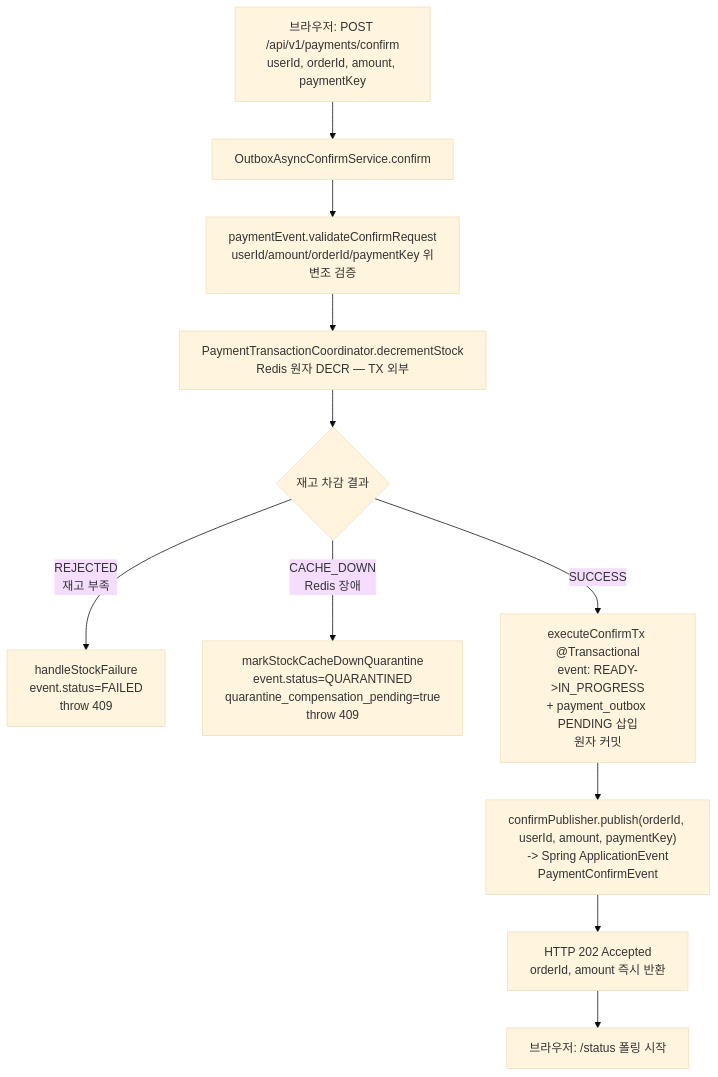
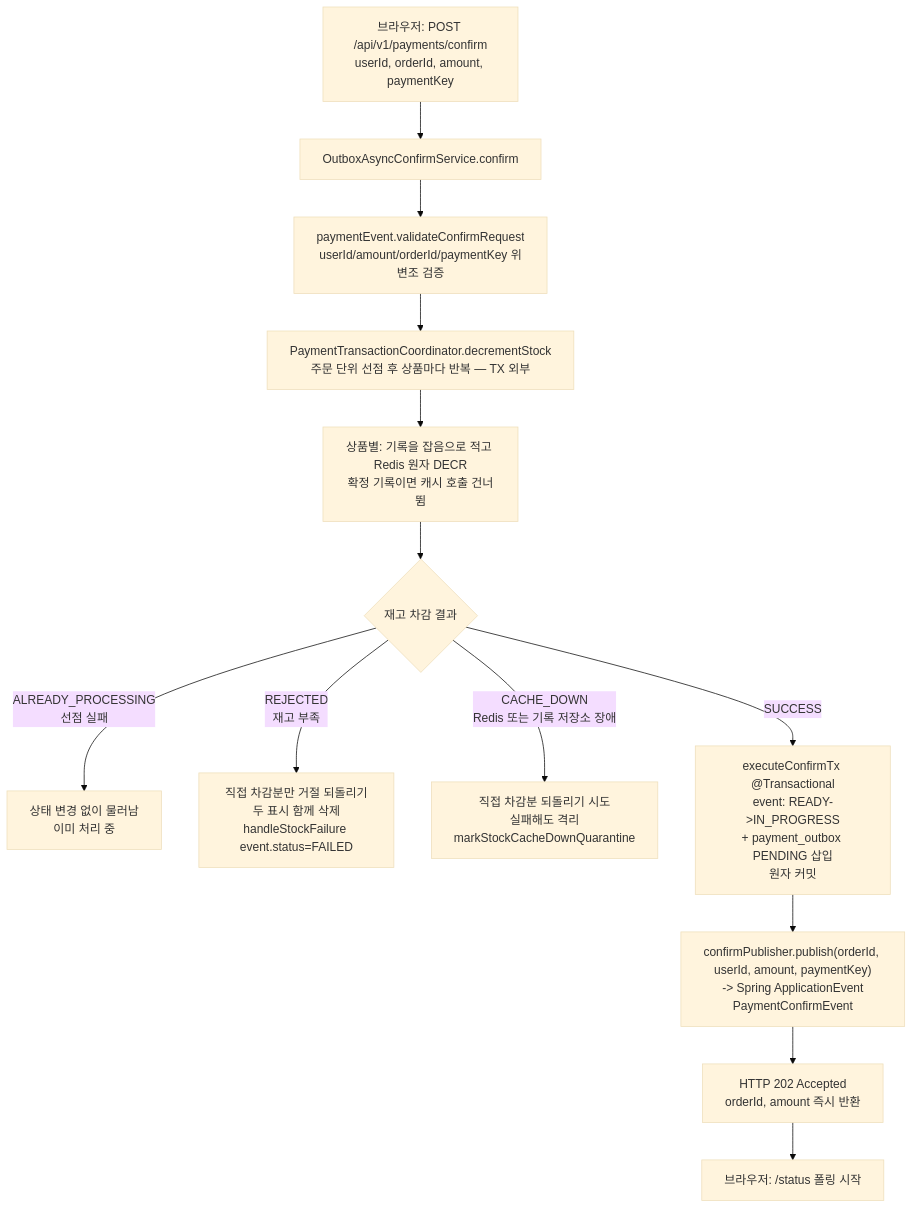
The second of 10 diagrams in docs/context/PAYMENT-FLOW.md (hyoguoo/payment-platform), drawn with Mermaid (base theme) before and after one commit. The commit also changed other lines of this file and 14 other files, not shown here.

````diff
--- a/docs/context/PAYMENT-FLOW.md
+++ b/docs/context/PAYMENT-FLOW.md
@@ -42,13 +42,15 @@
 ```mermaid
 flowchart TD
     J["브라우저: POST /api/v1/payments/confirm<br/>userId, orderId, amount, paymentKey"] --> K["OutboxAsyncConfirmService.confirm"]
     K --> K1["paymentEvent.validateConfirmRequest<br/>userId/amount/orderId/paymentKey 위변조 검증"]
-    K1 --> K2["PaymentTransactionCoordinator.decrementStock<br/>Redis 원자 DECR — TX 외부"]
-    K2 --> L{"재고 차감 결과"}
-    L -->|"REJECTED<br/>재고 부족"| L1["handleStockFailure<br/>event.status=FAILED<br/>throw 409"]
-    L -->|"CACHE_DOWN<br/>Redis 장애"| L2["markStockCacheDownQuarantine<br/>event.status=QUARANTINED<br/>quarantine_compensation_pending=true<br/>throw 409"]
+    K1 --> K2["PaymentTransactionCoordinator.decrementStock<br/>주문 단위 선점 후 상품마다 반복 — TX 외부"]
+    K2 --> K3["상품별: 기록을 잡음으로 적고 Redis 원자 DECR<br/>확정 기록이면 캐시 호출 건너뜀"]
+    K3 --> L{"재고 차감 결과"}
+    L -->|"ALREADY_PROCESSING<br/>선점 실패"| L0["상태 변경 없이 물러남<br/>이미 처리 중"]
+    L -->|"REJECTED<br/>재고 부족"| L1["직접 차감분만 거절 되돌리기<br/>두 표시 함께 삭제<br/>handleStockFailure event.status=FAILED"]
+    L -->|"CACHE_DOWN<br/>Redis 또는 기록 저장소 장애"| L2["직접 차감분 되돌리기 시도<br/>실패해도 격리<br/>markStockCacheDownQuarantine"]
     L -->|SUCCESS| M["executeConfirmTx @Transactional<br/>event: READY->IN_PROGRESS<br/>+ payment_outbox PENDING 삽입<br/>원자 커밋"]
     M --> N["confirmPublisher.publish(orderId, userId, amount, paymentKey)<br/>-> Spring ApplicationEvent<br/>PaymentConfirmEvent"]
     N --> O["HTTP 202 Accepted<br/>orderId, amount 즉시 반환"]
     O --> P["브라우저: /status 폴링 시작"]
 ```
````
